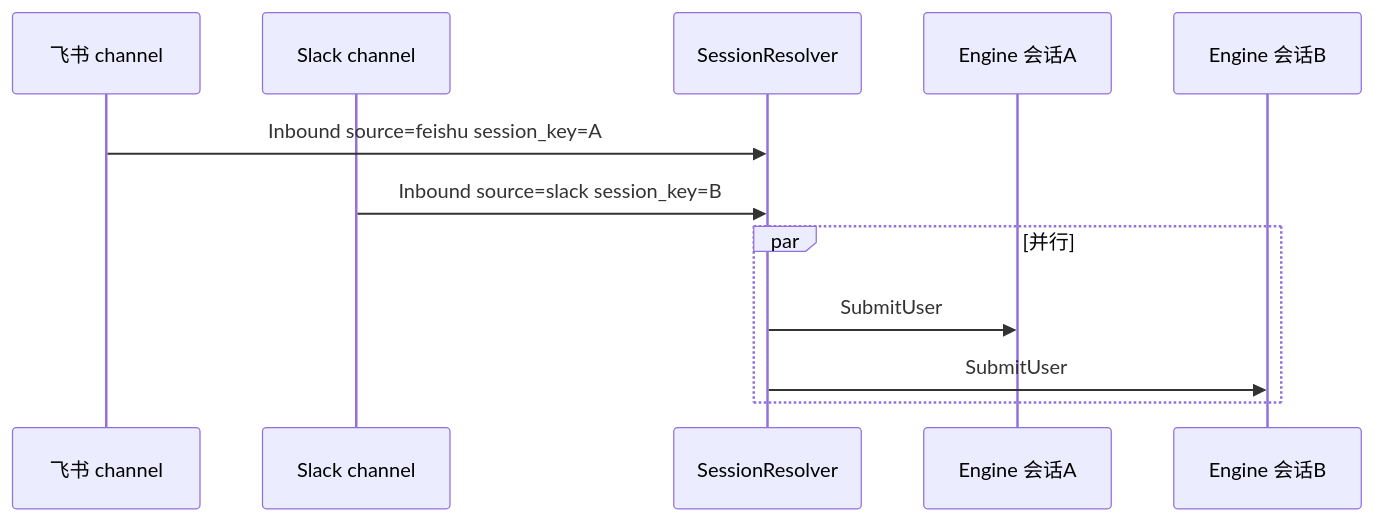
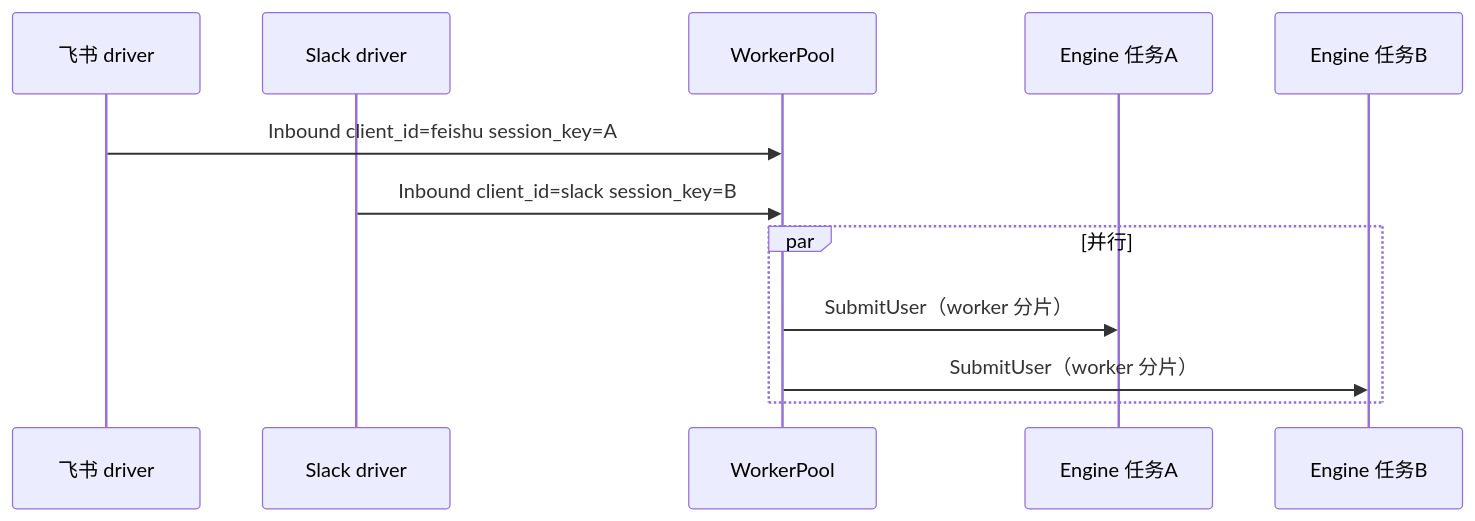
One commit to lengzhao/oneclaw changed the second of 2 diagrams in docs/im-channel-technical-design.md. Above: the diagram before and after it, drawn with Mermaid. The commit also changed other lines of this file and 29 other files, not shown here.

````diff
--- a/docs/im-channel-technical-design.md
+++ b/docs/im-channel-technical-design.md
@@ -111,14 +101,14 @@
 ```mermaid
 sequenceDiagram
-  participant Feishu as 飞书 channel
-  participant Slack as Slack channel
-  participant R as SessionResolver
-  participant E1 as Engine 会话A
-  participant E2 as Engine 会话B
-  Feishu->>R: Inbound source=feishu session_key=A
-  Slack->>R: Inbound source=slack session_key=B
+  participant Feishu as 飞书 driver
+  participant Slack as Slack driver
+  participant WP as WorkerPool
+  participant E1 as Engine 任务A
+  participant E2 as Engine 任务B
+  Feishu->>WP: Inbound client_id=feishu session_key=A
+  Slack->>WP: Inbound client_id=slack session_key=B
   par 并行
-    R->>E1: SubmitUser
-    R->>E2: SubmitUser
+    WP->>E1: SubmitUser（worker 分片）
+    WP->>E2: SubmitUser（worker 分片）
   end
 ```
````
